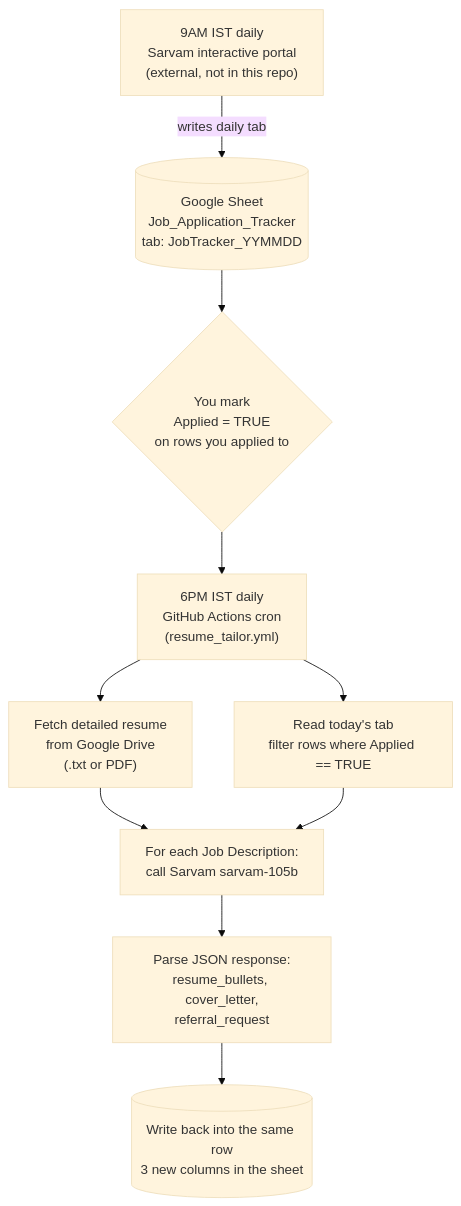
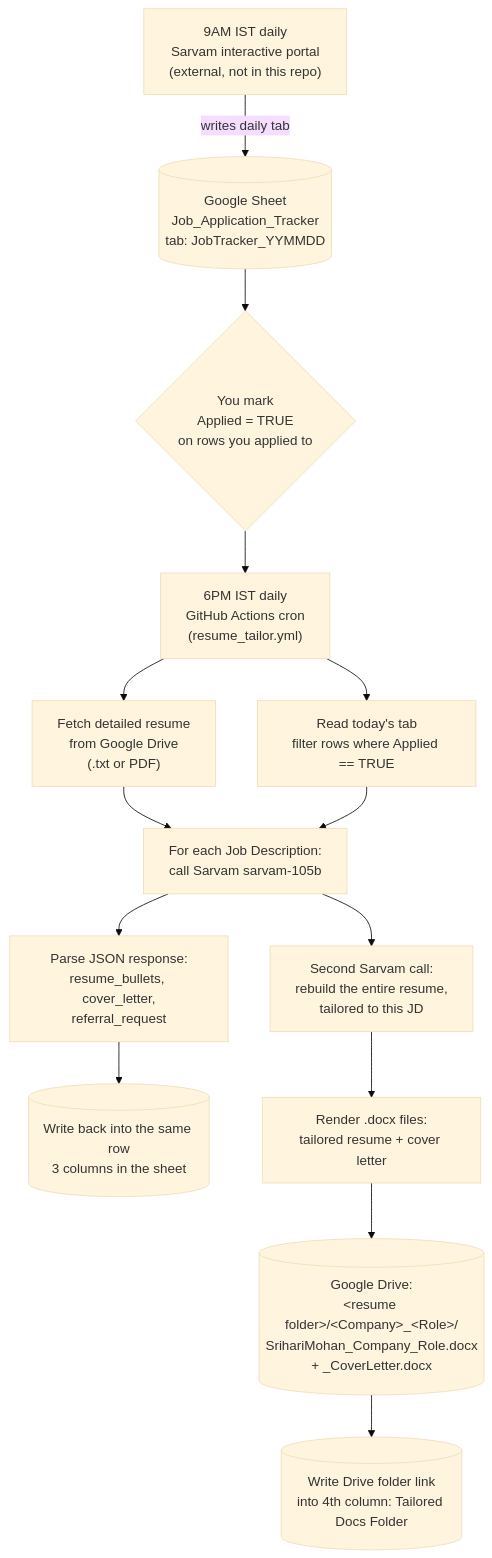
Before and after one commit to mosrihari/ResumeBuilder: the diagram in README.md, drawn with Mermaid (base theme). The commit also changed other lines of this file and 10 other files, not shown here.

First line of the commit message:
Generate tailored resume + cover letter docs in Drive per application

````diff
--- a/README.md
+++ b/README.md
@@ -11,12 +11,16 @@
 ```mermaid
 flowchart TD
     A["9AM IST daily<br/>Sarvam interactive portal<br/>(external, not in this repo)"] -->|writes daily tab| B[("Google Sheet<br/>Job_Application_Tracker<br/>tab: JobTracker_YYMMDD")]
     B --> C{"You mark<br/>Applied = TRUE<br/>on rows you applied to"}
     C --> D["6PM IST daily<br/>GitHub Actions cron<br/>(resume_tailor.yml)"]
     D --> E["Fetch detailed resume<br/>from Google Drive<br/>(.txt or PDF)"]
     D --> F["Read today's tab<br/>filter rows where Applied == TRUE"]
     E --> G["For each Job Description:<br/>call Sarvam sarvam-105b"]
     F --> G
     G --> H["Parse JSON response:<br/>resume_bullets, cover_letter,<br/>referral_request"]
-    H --> I[("Write back into the same row<br/>3 new columns in the sheet")]
+    H --> I[("Write back into the same row<br/>3 columns in the sheet")]
+    G --> J["Second Sarvam call:<br/>rebuild the entire resume,<br/>tailored to this JD"]
+    J --> K["Render .docx files:<br/>tailored resume + cover letter"]
+    K --> L[("Google Drive:<br/>&lt;resume folder&gt;/&lt;Company&gt;_&lt;Role&gt;/<br/>SrihariMohan_Company_Role.docx<br/>+ _CoverLetter.docx")]
+    L --> M[("Write Drive folder link<br/>into 4th column: Tailored Docs Folder")]
 ```
````
